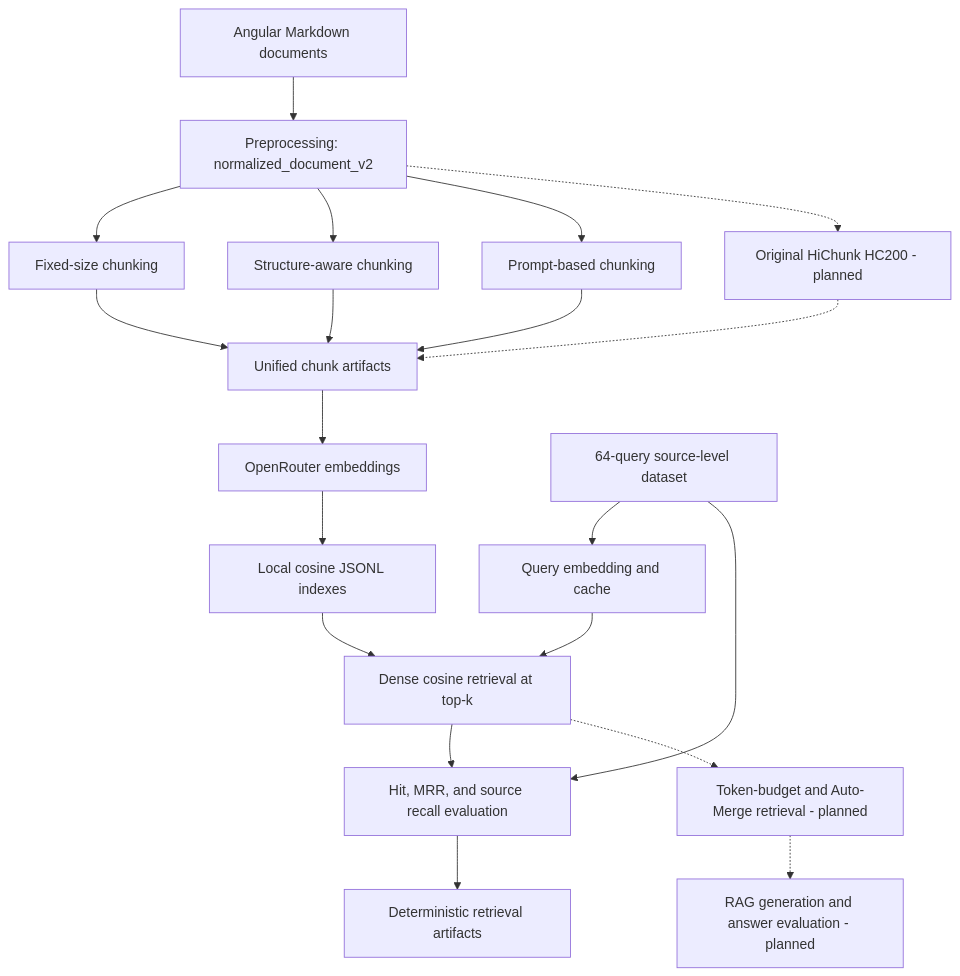
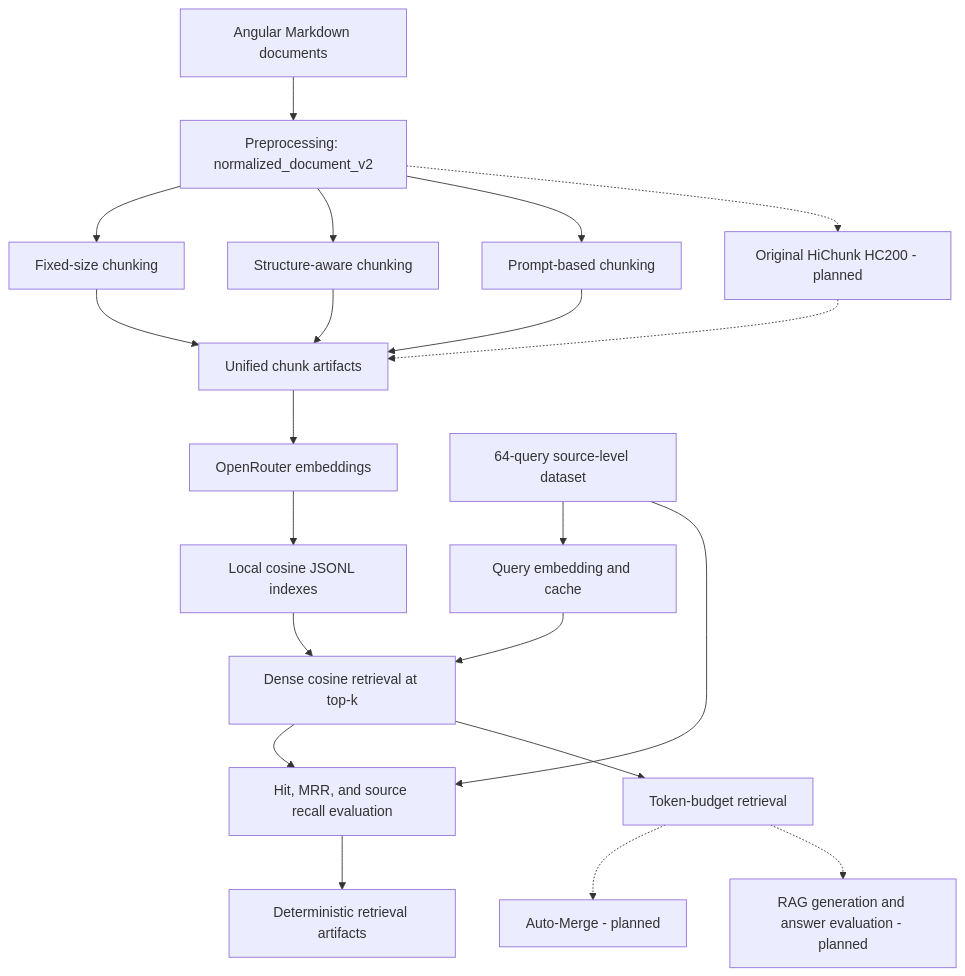
One commit to binhminh28/nlp-final-project-rag-v2 changed the diagram in README.md. Above: the diagram before and after it, drawn with Mermaid. The commit also changed other lines of this file and 13 other files, not shown here.

Commit message:
feat: PHASE: Retrieval Protocol Audit, Fair Token-Budget Retrieval, and Evidence-Aware Evaluation

````diff
--- a/README.md
+++ b/README.md
@@ -30,27 +34,28 @@
 ```mermaid
 flowchart TD
     DOCS["Angular Markdown documents"] --> PRE["Preprocessing: normalized_document_v2"]
 
     PRE --> FIXED["Fixed-size chunking"]
     PRE --> STRUCTURE["Structure-aware chunking"]
     PRE --> PROMPT["Prompt-based chunking"]
 
     FIXED --> CHUNKS["Unified chunk artifacts"]
     STRUCTURE --> CHUNKS
     PROMPT --> CHUNKS
 
     CHUNKS --> EMBED["OpenRouter embeddings"]
     EMBED --> INDEX["Local cosine JSONL indexes"]
 
     DATASET["64-query source-level dataset"] --> QUERY["Query embedding and cache"]
     QUERY --> SEARCH["Dense cosine retrieval at top-k"]
     INDEX --> SEARCH
     SEARCH --> EVAL["Hit, MRR, and source recall evaluation"]
     DATASET --> EVAL
     EVAL --> RESULTS["Deterministic retrieval artifacts"]
 
     PRE -.-> HICHUNK["Original HiChunk HC200 - planned"]
     HICHUNK -.-> CHUNKS
-    SEARCH -.-> BUDGET["Token-budget and Auto-Merge retrieval - planned"]
+    SEARCH --> BUDGET["Token-budget retrieval"]
+    BUDGET -.-> AUTOMERGE["Auto-Merge - planned"]
     BUDGET -.-> RAG["RAG generation and answer evaluation - planned"]
 ```
````
